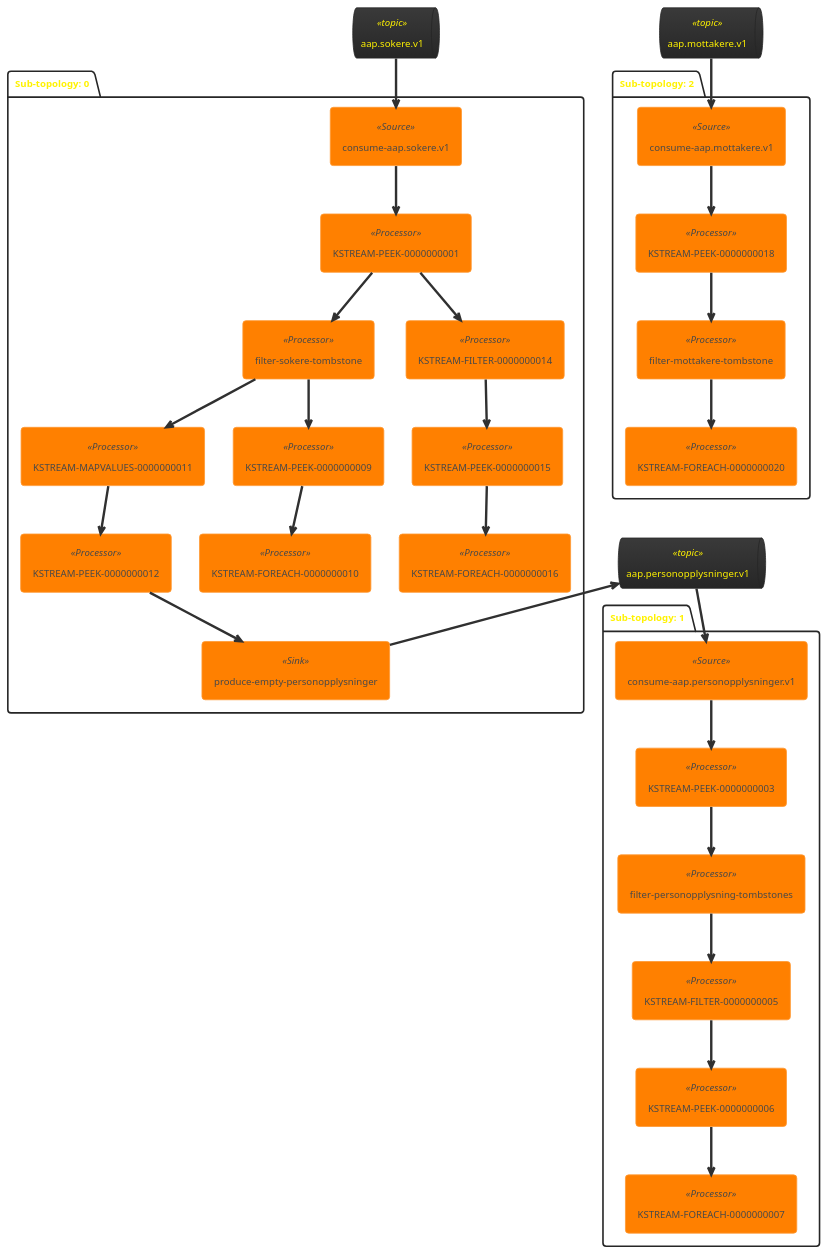
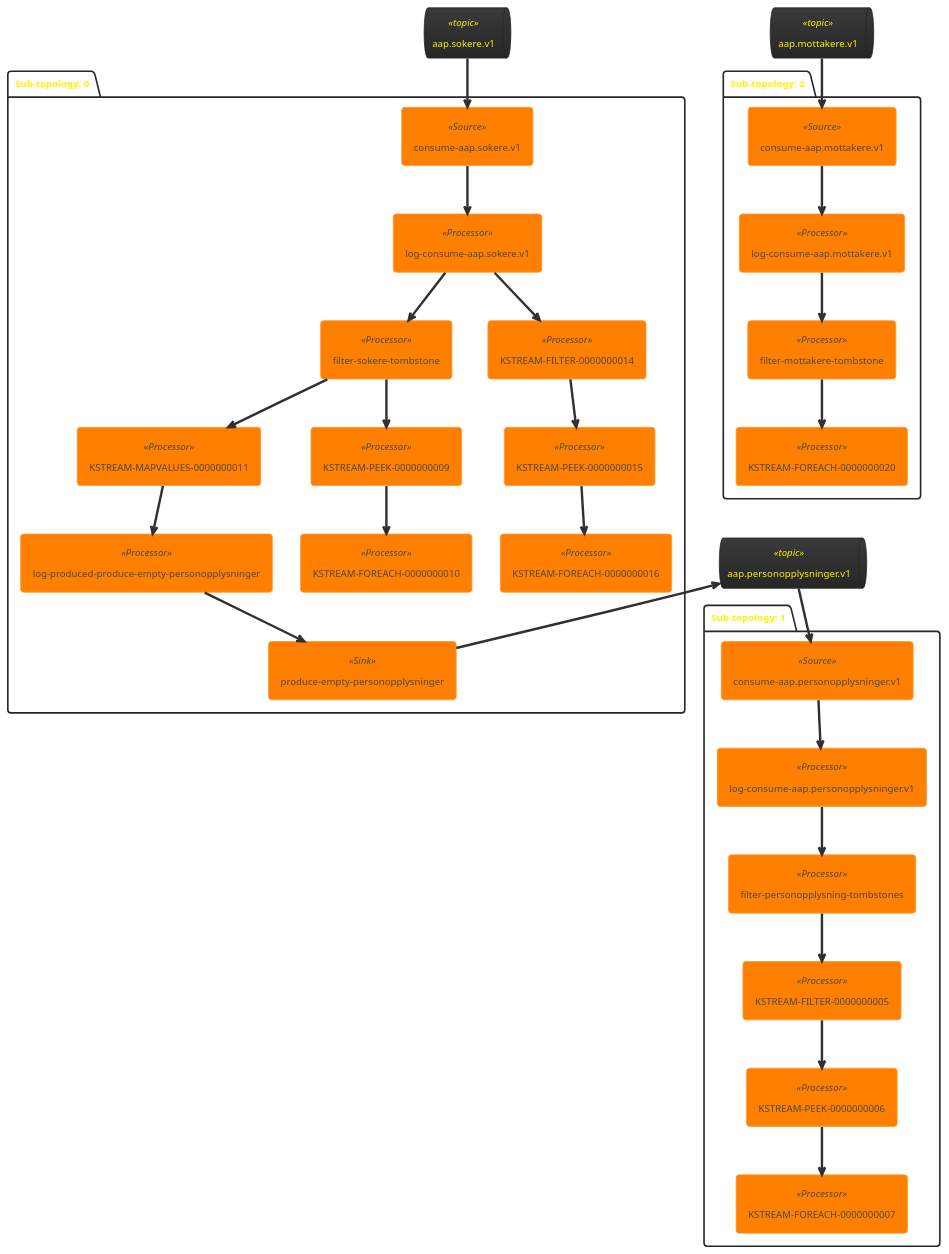
Before and after one commit to navikt/aap-oppgavestyring: the diagram in doc/topology.puml, drawn with PlantUML. The commit also changed 4 other files, not shown here.

```diff
--- a/doc/topology.puml
+++ b/doc/topology.puml
@@ -1,55 +1,55 @@
 @startuml
 !theme black-knight
 queue "aap.personopplysninger.v1" <<topic>> as aap_personopplysninger_v1
 queue "aap.sokere.v1" <<topic>> as aap_sokere_v1
 queue "aap.mottakere.v1" <<topic>> as aap_mottakere_v1
 package "Sub-topology: 0" {
 	agent "consume-aap.sokere.v1" <<Source>> as consume_aap_sokere_v1
-	agent "KSTREAM-PEEK-0000000001" <<Processor>> as KSTREAM_PEEK_0000000001
+	agent "log-consume-aap.sokere.v1" <<Processor>> as log_consume_aap_sokere_v1
 	agent "filter-sokere-tombstone" <<Processor>> as filter_sokere_tombstone
 	agent "KSTREAM-FILTER-0000000014" <<Processor>> as KSTREAM_FILTER_0000000014
 	agent "KSTREAM-MAPVALUES-0000000011" <<Processor>> as KSTREAM_MAPVALUES_0000000011
 	agent "KSTREAM-PEEK-0000000009" <<Processor>> as KSTREAM_PEEK_0000000009
-	agent "KSTREAM-PEEK-0000000012" <<Processor>> as KSTREAM_PEEK_0000000012
 	agent "KSTREAM-PEEK-0000000015" <<Processor>> as KSTREAM_PEEK_0000000015
+	agent "log-produced-produce-empty-personopplysninger" <<Processor>> as log_produced_produce_empty_personopplysninger
 	agent "KSTREAM-FOREACH-0000000010" <<Processor>> as KSTREAM_FOREACH_0000000010
 	agent "KSTREAM-FOREACH-0000000016" <<Processor>> as KSTREAM_FOREACH_0000000016
 	agent "produce-empty-personopplysninger" <<Sink>> as produce_empty_personopplysninger
 	aap_sokere_v1 --> consume_aap_sokere_v1
 	aap_personopplysninger_v1 <-- produce_empty_personopplysninger
-	consume_aap_sokere_v1 --> KSTREAM_PEEK_0000000001
-	KSTREAM_PEEK_0000000001 --> filter_sokere_tombstone
-	KSTREAM_PEEK_0000000001 --> KSTREAM_FILTER_0000000014
+	consume_aap_sokere_v1 --> log_consume_aap_sokere_v1
+	log_consume_aap_sokere_v1 --> filter_sokere_tombstone
+	log_consume_aap_sokere_v1 --> KSTREAM_FILTER_0000000014
 	filter_sokere_tombstone --> KSTREAM_MAPVALUES_0000000011
 	filter_sokere_tombstone --> KSTREAM_PEEK_0000000009
 	KSTREAM_FILTER_0000000014 --> KSTREAM_PEEK_0000000015
-	KSTREAM_MAPVALUES_0000000011 --> KSTREAM_PEEK_0000000012
+	KSTREAM_MAPVALUES_0000000011 --> log_produced_produce_empty_personopplysninger
 	KSTREAM_PEEK_0000000009 --> KSTREAM_FOREACH_0000000010
-	KSTREAM_PEEK_0000000012 --> produce_empty_personopplysninger
 	KSTREAM_PEEK_0000000015 --> KSTREAM_FOREACH_0000000016
+	log_produced_produce_empty_personopplysninger --> produce_empty_personopplysninger
 }
 package "Sub-topology: 1" {
 	agent "consume-aap.personopplysninger.v1" <<Source>> as consume_aap_personopplysninger_v1
-	agent "KSTREAM-PEEK-0000000003" <<Processor>> as KSTREAM_PEEK_0000000003
+	agent "log-consume-aap.personopplysninger.v1" <<Processor>> as log_consume_aap_personopplysninger_v1
 	agent "filter-personopplysning-tombstones" <<Processor>> as filter_personopplysning_tombstones
 	agent "KSTREAM-FILTER-0000000005" <<Processor>> as KSTREAM_FILTER_0000000005
 	agent "KSTREAM-PEEK-0000000006" <<Processor>> as KSTREAM_PEEK_0000000006
 	agent "KSTREAM-FOREACH-0000000007" <<Processor>> as KSTREAM_FOREACH_0000000007
 	aap_personopplysninger_v1 --> consume_aap_personopplysninger_v1
-	consume_aap_personopplysninger_v1 --> KSTREAM_PEEK_0000000003
-	KSTREAM_PEEK_0000000003 --> filter_personopplysning_tombstones
+	consume_aap_personopplysninger_v1 --> log_consume_aap_personopplysninger_v1
+	log_consume_aap_personopplysninger_v1 --> filter_personopplysning_tombstones
 	filter_personopplysning_tombstones --> KSTREAM_FILTER_0000000005
 	KSTREAM_FILTER_0000000005 --> KSTREAM_PEEK_0000000006
 	KSTREAM_PEEK_0000000006 --> KSTREAM_FOREACH_0000000007
 }
 package "Sub-topology: 2" {
 	agent "consume-aap.mottakere.v1" <<Source>> as consume_aap_mottakere_v1
-	agent "KSTREAM-PEEK-0000000018" <<Processor>> as KSTREAM_PEEK_0000000018
+	agent "log-consume-aap.mottakere.v1" <<Processor>> as log_consume_aap_mottakere_v1
 	agent "filter-mottakere-tombstone" <<Processor>> as filter_mottakere_tombstone
 	agent "KSTREAM-FOREACH-0000000020" <<Processor>> as KSTREAM_FOREACH_0000000020
 	aap_mottakere_v1 --> consume_aap_mottakere_v1
-	consume_aap_mottakere_v1 --> KSTREAM_PEEK_0000000018
-	KSTREAM_PEEK_0000000018 --> filter_mottakere_tombstone
+	consume_aap_mottakere_v1 --> log_consume_aap_mottakere_v1
+	log_consume_aap_mottakere_v1 --> filter_mottakere_tombstone
 	filter_mottakere_tombstone --> KSTREAM_FOREACH_0000000020
 }
 @enduml
```
